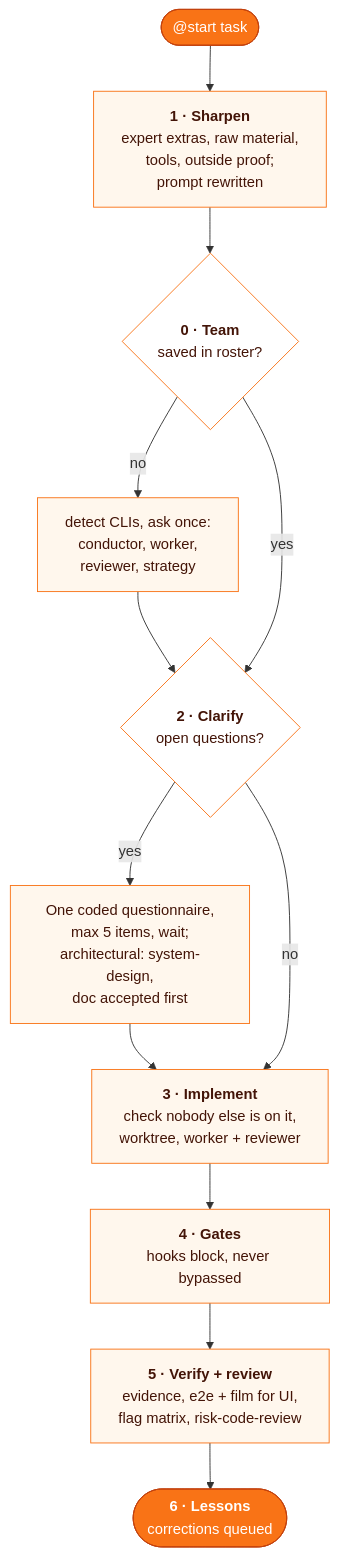
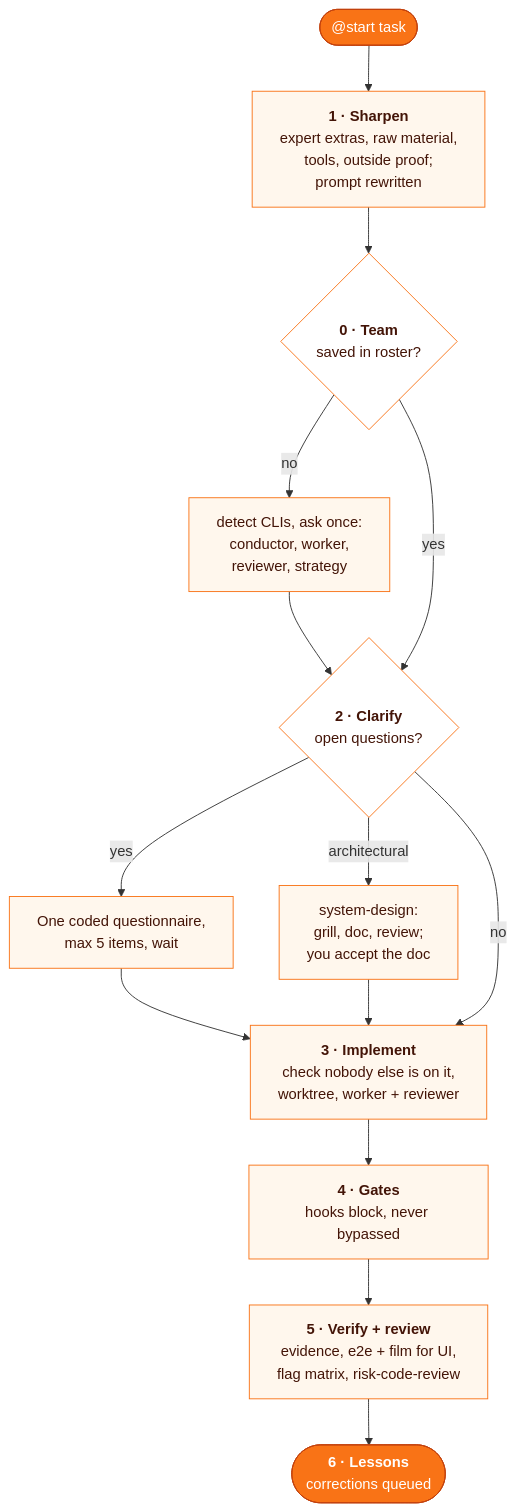
The diagram in skills/start/README.md (MarcinSufa/skills), drawn with Mermaid before and after one commit. The commit also changed other lines of this file and 5 other files, not shown here.

First line of the commit message:
fix(system-design): close review gaps found in dry run and review

````diff
--- a/skills/start/README.md
+++ b/skills/start/README.md
@@ -33,21 +33,23 @@
 ```mermaid
 flowchart TD
   IN(["@start task"]) --> S1["<b>1 · Sharpen</b><br/>expert extras, raw material,<br/>tools, outside proof;<br/>prompt rewritten"]
   S1 --> S0{"<b>0 · Team</b><br/>saved in roster?"}
   S0 -- no --> T["detect CLIs, ask once:<br/>conductor, worker,<br/>reviewer, strategy"]
   T --> S2
   S0 -- yes --> S2{"<b>2 · Clarify</b><br/>open questions?"}
-  S2 -- yes --> Q["One coded questionnaire,<br/>max 5 items, wait;<br/>architectural: system-design,<br/>doc accepted first"]
+  S2 -- yes --> Q["One coded questionnaire,<br/>max 5 items, wait"]
+  S2 -- architectural --> SD["system-design:<br/>grill, doc, review;<br/>you accept the doc"]
   Q --> S3
+  SD --> S3
   S2 -- no --> S3["<b>3 · Implement</b><br/>check nobody else is on it,<br/>worktree, worker + reviewer"]
   S3 --> S4["<b>4 · Gates</b><br/>hooks block, never bypassed"]
   S4 --> S5["<b>5 · Verify + review</b><br/>evidence, e2e + film for UI,<br/>flag matrix, risk-code-review"]
   S5 --> S6(["<b>6 · Lessons</b><br/>corrections queued"])
 
   classDef io fill:#f97316,stroke:#c2410c,color:#fff
   classDef step fill:#fff7ed,stroke:#f97316,color:#431407
   classDef ask fill:#ffffff,stroke:#f97316,color:#431407
   class IN,S6 io
-  class S1,T,Q,S3,S4,S5 step
+  class S1,T,Q,SD,S3,S4,S5 step
   class S0,S2 ask
 ```
````
